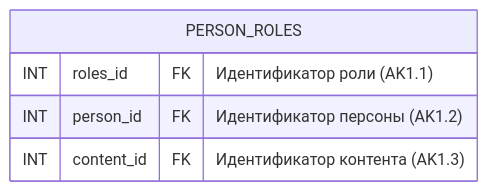
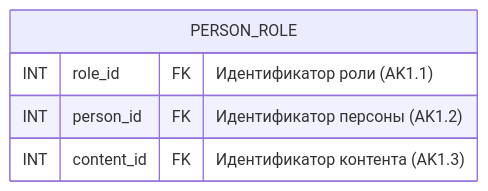
One commit to go-park-mail-ru/2024_1_Cyberkotletki changed the seventh of 21 diagrams in db/normalized/relations.md. Above: the diagram before and after it, drawn with Mermaid. The commit also changed other lines of this file and 2 other files, not shown here.

````diff
--- a/db/normalized/relations.md
+++ b/db/normalized/relations.md
@@ -182,8 +182,8 @@
 ```mermaid
 erDiagram
-    PERSON_ROLES {
-        INT roles_id FK "Идентификатор роли (AK1.1)"
+    PERSON_ROLE {
+        INT role_id FK "Идентификатор роли (AK1.1)"
         INT person_id FK "Идентификатор персоны (AK1.2)"
         INT content_id FK "Идентификатор контента (AK1.3)"
     }
 ```
````
